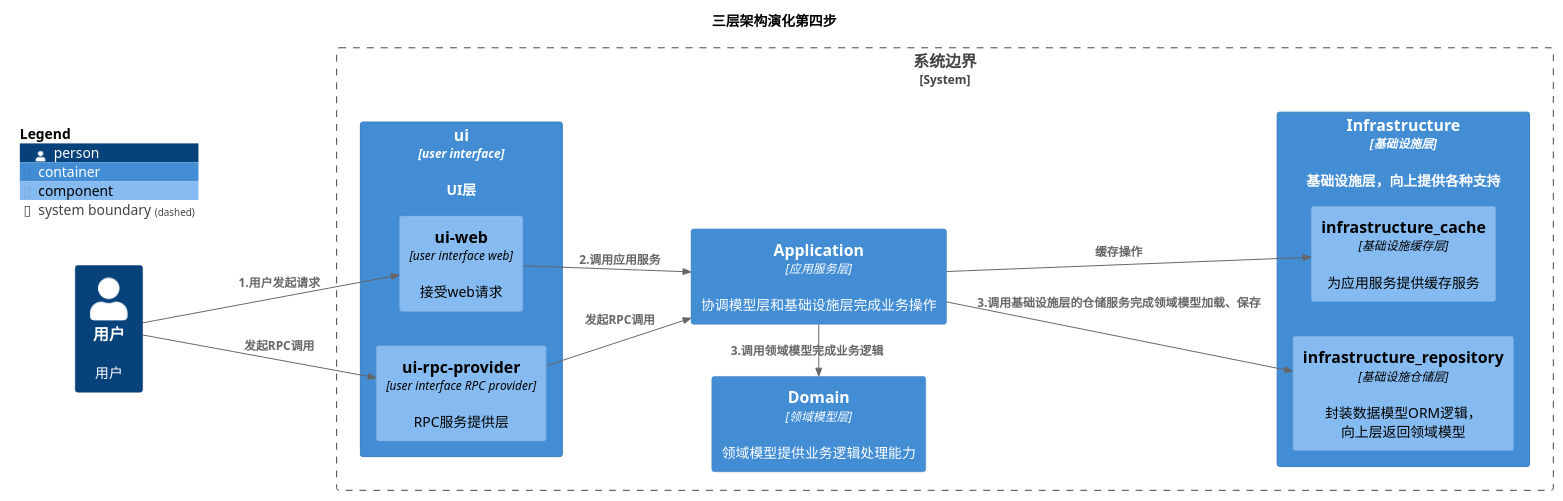
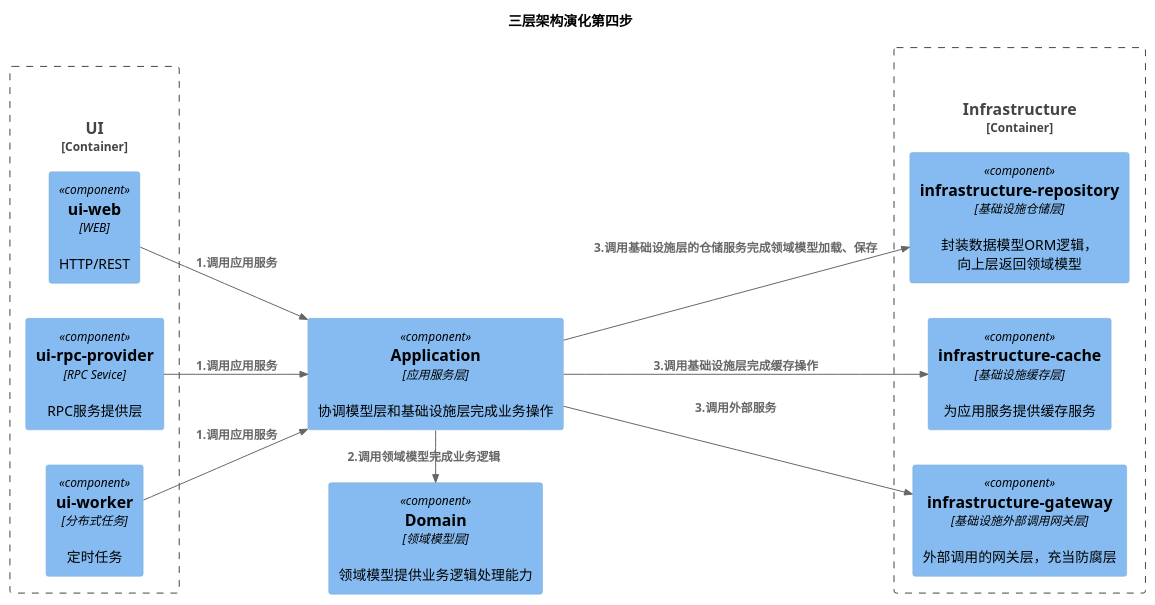
The diagram in plantuml/ct.004.puml (feiniaojin/Thinking-in-DDD), drawn with PlantUML before and after one commit. The commit also changed 17 other files, not shown here.

```diff
--- a/plantuml/ct.004.puml
+++ b/plantuml/ct.004.puml
@@ -1,38 +1,35 @@
 @startuml
 
 !include https://gitee.com/igingo/C4-PlantUML/raw/master/C4_Context.puml
 !include https://gitee.com/igingo/C4-PlantUML/raw/master/C4_Container.puml
 !include https://gitee.com/igingo/C4-PlantUML/raw/master/C4_Component.puml
 
 title "三层架构演化第四步"
 
-Person(P_User, "用户","用户")
+Container_Boundary(C_ui, "UI", "user interface","用户接口层"){
+    Component(C_ui_web, "ui-web", "WEB","HTTP/REST")
+    Component(C_ui_rpc_provider, "ui-rpc-provider", "RPC Sevice","RPC服务提供层")
+    Component(C_ui_worker, "ui-worker", "分布式任务","定时任务")
+}
 
-System_Boundary(SB_APP, "系统边界"){
-    Container(C_ui, "ui", "user interface","UI层"){
-        Component(C_ui_web, "ui-web", "user interface web","接受web请求")
-        Component(C_ui_rpc_provider, "ui-rpc-provider", "user interface RPC provider","RPC服务提供层")
-    }
+Component(C_application, "Application","应用服务层", "协调模型层和基础设施层完成业务操作")
+Component(C_domain, "Domain","领域模型层", "领域模型提供业务逻辑处理能力")
+Container_Boundary(C_infrastructure, "Infrastructure","基础设施层", "基础设施层，向上提供各种支持"){
+    Component(C_infrastructure_repository, "infrastructure-repository","基础设施仓储层", "封装数据模型ORM逻辑，向上层返回领域模型")
+    Component(C_infrastructure_cache, "infrastructure-cache","基础设施缓存层", "为应用服务提供缓存服务")
+    Component(C_infrastructure_gateway, "infrastructure-gateway","基础设施外部调用网关层", "外部调用的网关层，充当防腐层")
+}
 
-    Container(C_application, "Application","应用服务层", "协调模型层和基础设施层完成业务操作")
-    Container(C_domain, "Domain","领域模型层", "领域模型提供业务逻辑处理能力")
-    Container(C_infrastructure, "Infrastructure","基础设施层", "基础设施层，向上提供各种支持"){
-        Component(C_infrastructure_repository, "infrastructure_repository","基础设施仓储层", "封装数据模型ORM逻辑，向上层返回领域模型")
-        Component(C_infrastructure_cache, "infrastructure_cache","基础设施缓存层", "为应用服务提供缓存服务")
+Rel(C_ui_web, C_application, "1.调用应用服务")
+Rel(C_ui_rpc_provider, C_application, "1.调用应用服务")
+Rel(C_ui_worker, C_application, "1.调用应用服务")
 
-    }
-}
-Rel(P_User, C_ui_web, "1.用户发起请求")
-Rel(P_User, C_ui_rpc_provider, "发起RPC调用")
-Rel(C_ui_rpc_provider, C_application, "发起RPC调用")
+Rel_R(C_application, C_domain, "2.调用领域模型完成业务逻辑")
 
-Rel(C_ui_web, C_application, "2.调用应用服务")
-Rel_L(C_application, C_domain, "3.调用领域模型完成业务逻辑")
 Rel(C_application, C_infrastructure_repository, "3.调用基础设施层的仓储服务完成领域模型加载、保存")
-Rel(C_application, C_infrastructure_cache, "缓存操作")
+Rel(C_application, C_infrastructure_cache, "3.调用基础设施层完成缓存操作")
+Rel(C_application, C_infrastructure_gateway, "3.调用外部服务")
 
-LAYOUT_LANDSCAPE()
+left to right direction
 
-SHOW_FLOATING_LEGEND()
-Lay_Distance(LEGEND(), P_User, -1)
 @enduml
```
